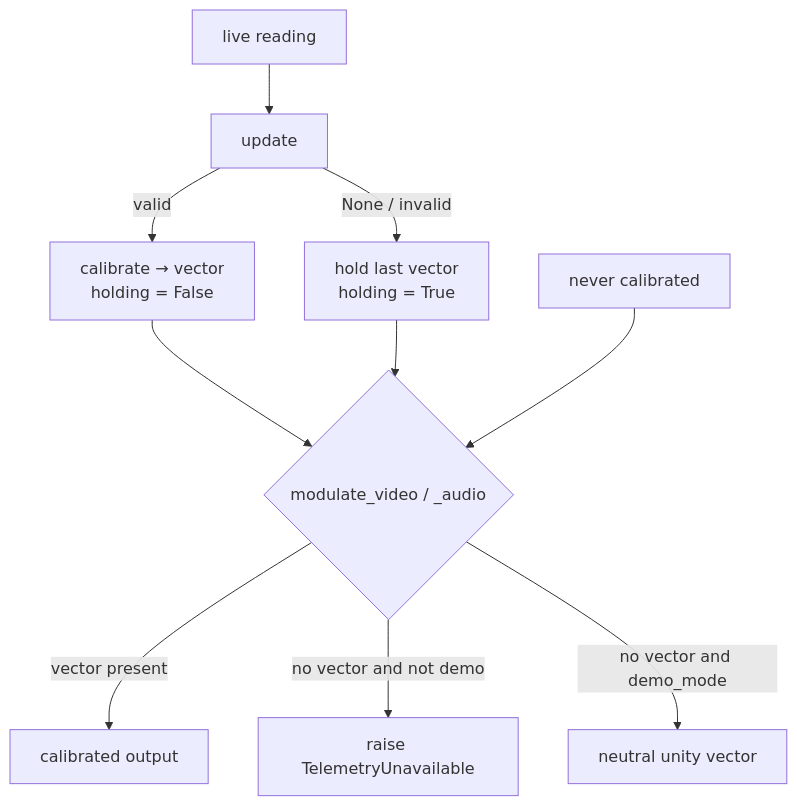
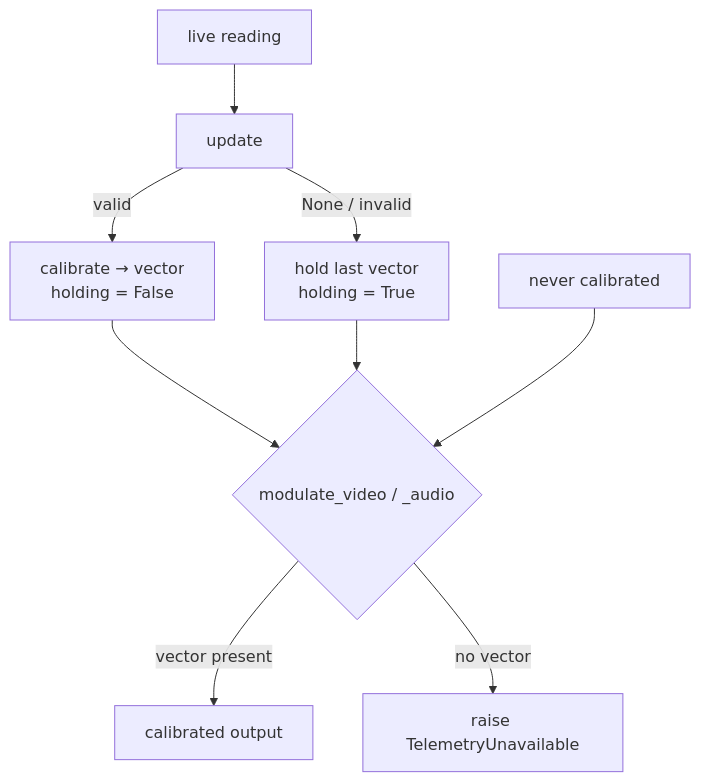
The third of 3 diagrams in docs/engine.md (docxology/SynthOBS), drawn with Mermaid before and after one commit. The commit also changed other lines of this file and 90 other files, not shown here.

````diff
--- a/docs/engine.md
+++ b/docs/engine.md
@@ -462,12 +460,11 @@
 ```mermaid
 flowchart TD
     R[live reading] --> U[update]
     U -->|valid| CAL[calibrate → vector<br/>holding = False]
     U -->|None / invalid| HOLD[hold last vector<br/>holding = True]
     CAL --> MV{modulate_video / _audio}
     HOLD --> MV
     NONE[never calibrated] --> MV
     MV -->|vector present| OUT[calibrated output]
-    MV -->|no vector and not demo| RAISE[raise TelemetryUnavailable]
-    MV -->|no vector and demo_mode| UNITY[neutral unity vector]
+    MV -->|no vector| RAISE[raise TelemetryUnavailable]
 ```
````
